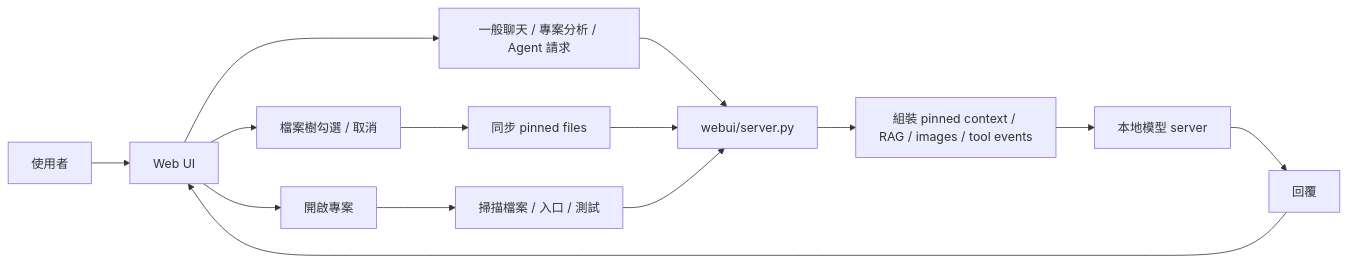
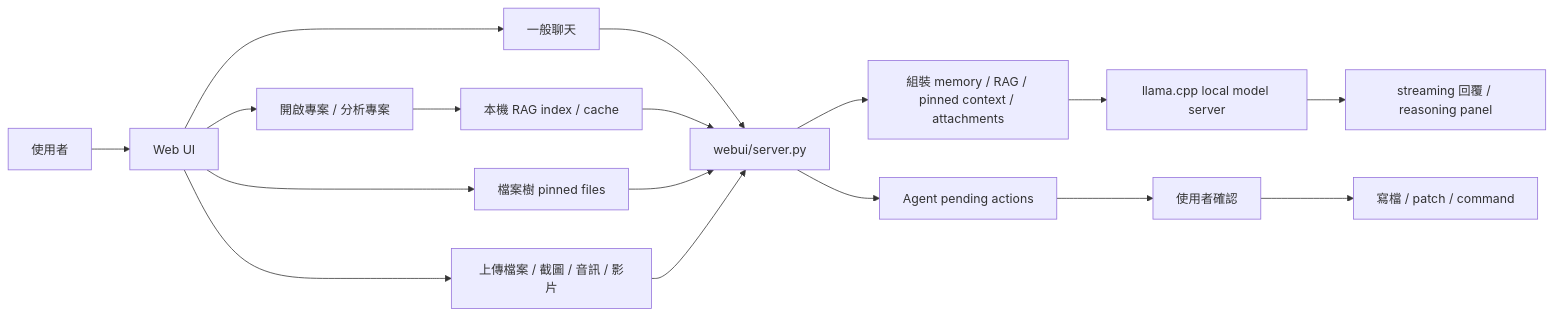
The diagram in README.zh-TW.md (Lzxpan/CodeWorker), drawn with Mermaid before and after one commit. The commit also changed other lines of this file and 2 other files, not shown here.

````diff
--- a/README.zh-TW.md
+++ b/README.zh-TW.md
@@ -155,16 +164,19 @@
 ```mermaid
 flowchart LR
     U["使用者"] --> W["Web UI"]
-    W --> O["開啟專案"]
-    O --> S["掃描檔案 / 入口 / 測試"]
-    W --> P["檔案樹勾選 / 取消"]
-    P --> A["同步 pinned files"]
-    W --> C["一般聊天 / 專案分析 / Agent 請求"]
-    C --> B["webui/server.py"]
-    A --> B
-    S --> B
-    B --> X["組裝 pinned context / RAG / images / tool events"]
-    X --> M["本地模型 server"]
-    M --> R["回覆"]
-    R --> W
+    W --> G["一般聊天"]
+    W --> O["開啟專案 / 分析專案"]
+    O --> I["本機 RAG index / cache"]
+    W --> P["檔案樹 pinned files"]
+    W --> F["上傳檔案 / 截圖 / 音訊 / 影片"]
+    G --> S["webui/server.py"]
+    I --> S
+    P --> S
+    F --> S
+    S --> C["組裝 memory / RAG / pinned context / attachments"]
+    C --> M["llama.cpp local model server"]
+    M --> R["streaming 回覆 / reasoning panel"]
+    S --> A["Agent pending actions"]
+    A --> Q["使用者確認"]
+    Q --> T["寫檔 / patch / command"]
 ```
````
